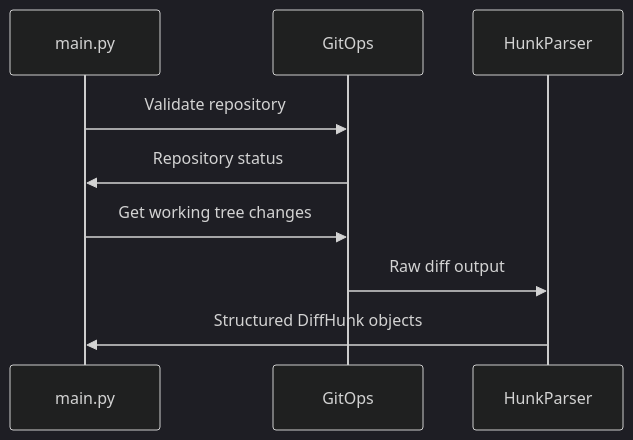
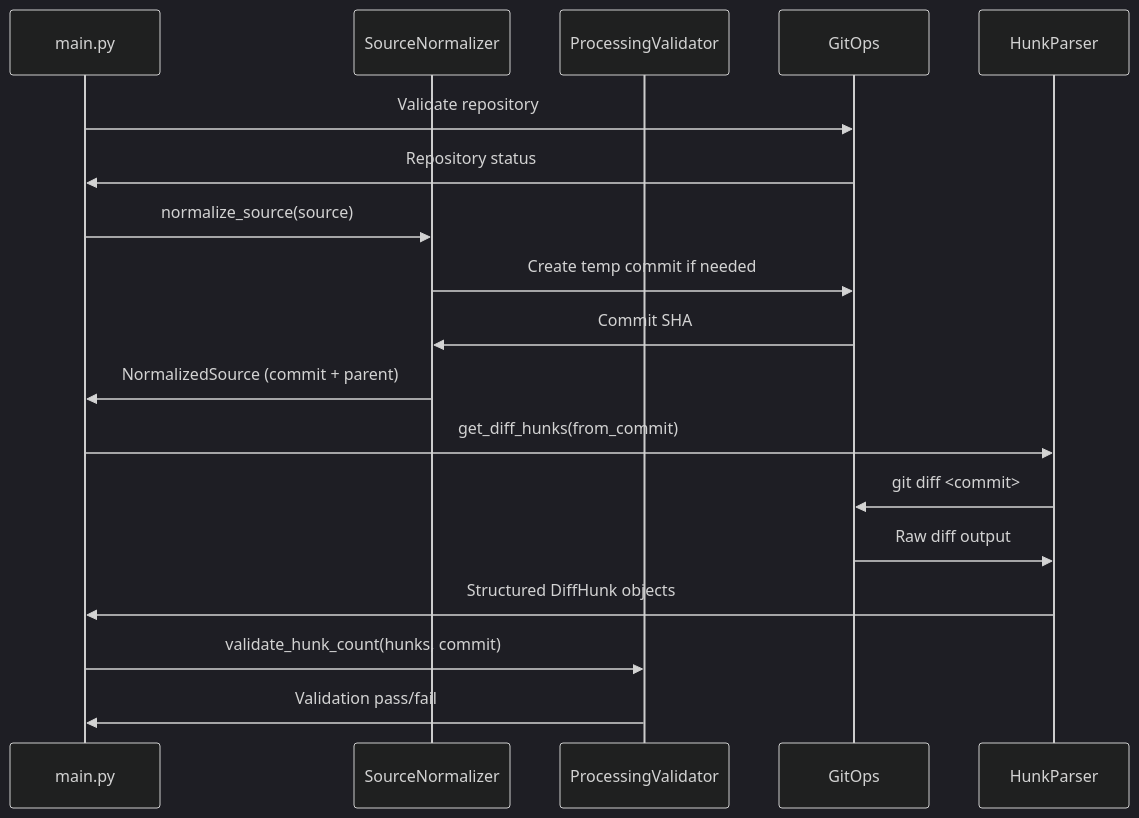
One commit to andrewleech/git-autosquash changed the third of 6 diagrams in docs/technical/architecture.md. Above: the diagram before and after it, drawn with Mermaid (dark theme). The commit also changed other lines of this file and 5 other files, not shown here.

````diff
--- a/docs/technical/architecture.md
+++ b/docs/technical/architecture.md
@@ -172,12 +225,21 @@
 ```mermaid
 sequenceDiagram
     participant CLI as main.py
+    participant Normalizer as SourceNormalizer
+    participant Validator as ProcessingValidator
     participant Git as GitOps
     participant Parser as HunkParser
-    
+
     CLI->>Git: Validate repository
     Git->>CLI: Repository status
-    CLI->>Git: Get working tree changes
+    CLI->>Normalizer: normalize_source(source)
+    Normalizer->>Git: Create temp commit if needed
+    Git->>Normalizer: Commit SHA
+    Normalizer->>CLI: NormalizedSource (commit + parent)
+    CLI->>Parser: get_diff_hunks(from_commit)
+    Parser->>Git: git diff <commit>
     Git->>Parser: Raw diff output
     Parser->>CLI: Structured DiffHunk objects
+    CLI->>Validator: validate_hunk_count(hunks, commit)
+    Validator->>CLI: Validation pass/fail
 ```
````
